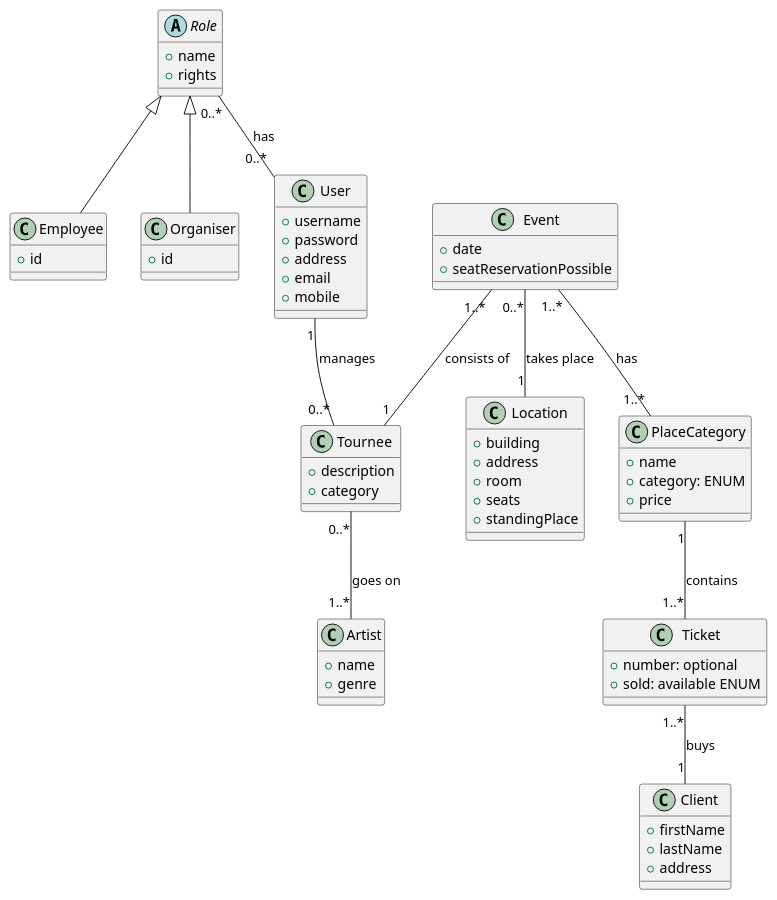
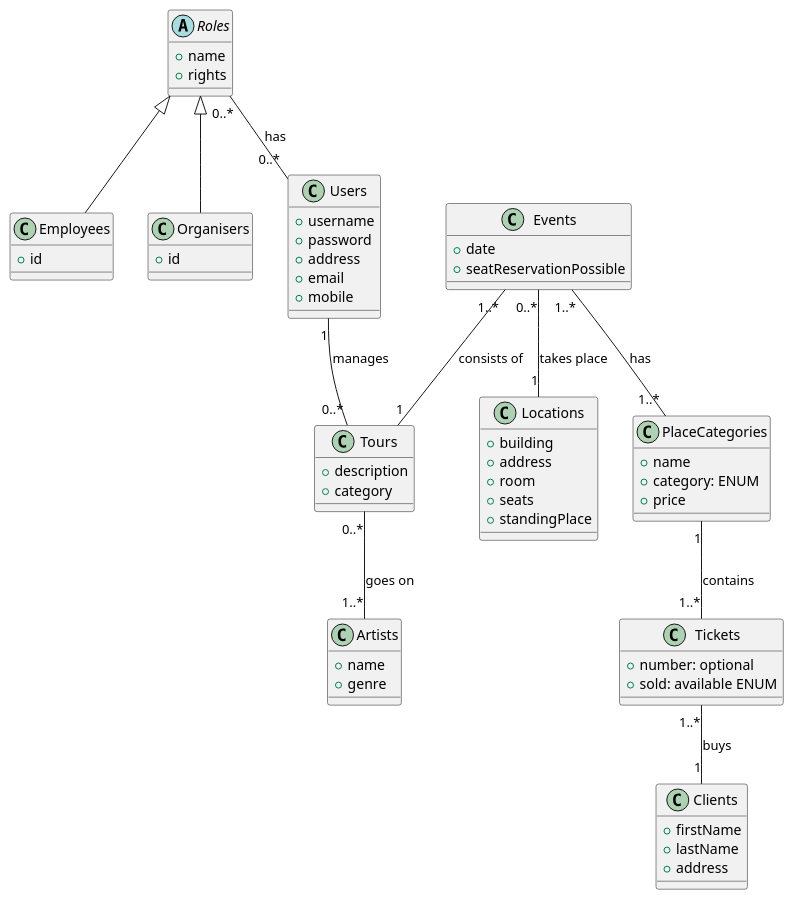
The diagram in DomainModel.puml (lukasbals/itb5-culture-tickets), drawn with PlantUML before and after one commit. The commit also changed 2 other files, not shown here.

```diff
--- a/DomainModel.puml
+++ b/DomainModel.puml
@@ -1,83 +1,83 @@
 @startuml
 
-abstract class Role{
+abstract class Roles{
 + name
 + rights
 }
 
 
-class Employee{
+class Employees{
 + id
 }
 
-class Organiser{
+class Organisers{
 + id
 }
 
 
-class User{
+class Users{
 + username
 + password
 + address
 + email
 + mobile
 }
 
 
-class Event{
+class Events{
 + date
 + seatReservationPossible
 }
 
 
-class Location{
+class Locations{
 + building
 + address
 + room
 + seats
 + standingPlace
 }
 
 
-class Tournee{
+class Tours{
 + description
 + category
 }
 
 
-class PlaceCategory{
+class PlaceCategories{
 + name
 + category: ENUM
 + price
 }
 
-class Ticket{
+class Tickets{
 + number: optional
 + sold: available ENUM
 }
 
 
-class Client{
+class Clients{
 + firstName
 + lastName
 + address
 }
 
 
-class Artist{
+class Artists{
 + name
 + genre
 }
 
-Role <|-- Employee
-Role <|-- Organiser
-Role "0..*" -- "0..*" User: has
-User "1" -- "0..*" Tournee: manages
-Event "1..*" -- "1" Tournee: consists of
-Event "0..*" -- "1"  Location: takes place
-Event "1..*" -- "1..*" PlaceCategory: has
-Tournee "0..*" -- "1..*" Artist: goes on
-PlaceCategory "1" -- "1..*" Ticket: contains
-Ticket "1..*" -- "1" Client: buys
+Roles <|-- Employees
+Roles <|-- Organisers
+Roles "0..*" -- "0..*" Users: has
+Users "1" -- "0..*" Tours: manages
+Events "1..*" -- "1" Tours: consists of
+Events "0..*" -- "1"  Locations: takes place
+Events "1..*" -- "1..*" PlaceCategories: has
+Tours "0..*" -- "1..*" Artists: goes on
+PlaceCategories "1" -- "1..*" Tickets: contains
+Tickets "1..*" -- "1" Clients: buys
 
 @enduml
```
